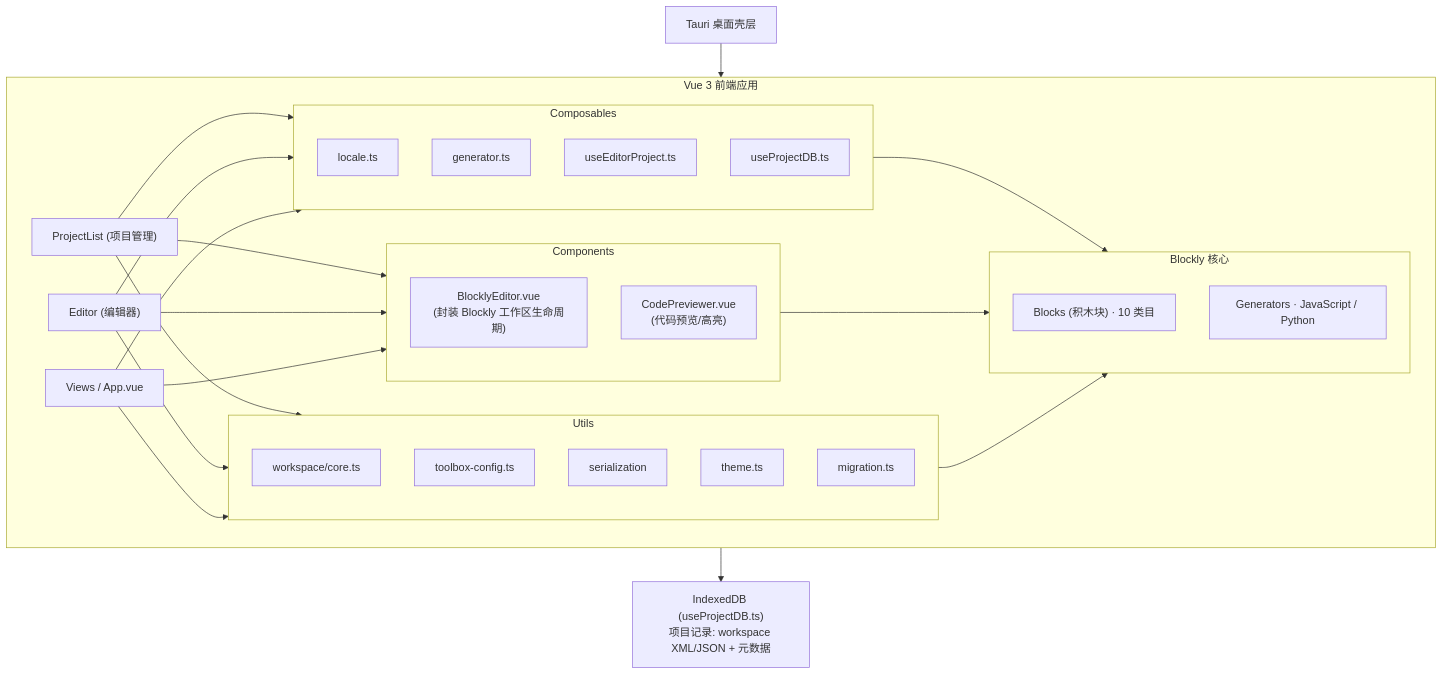
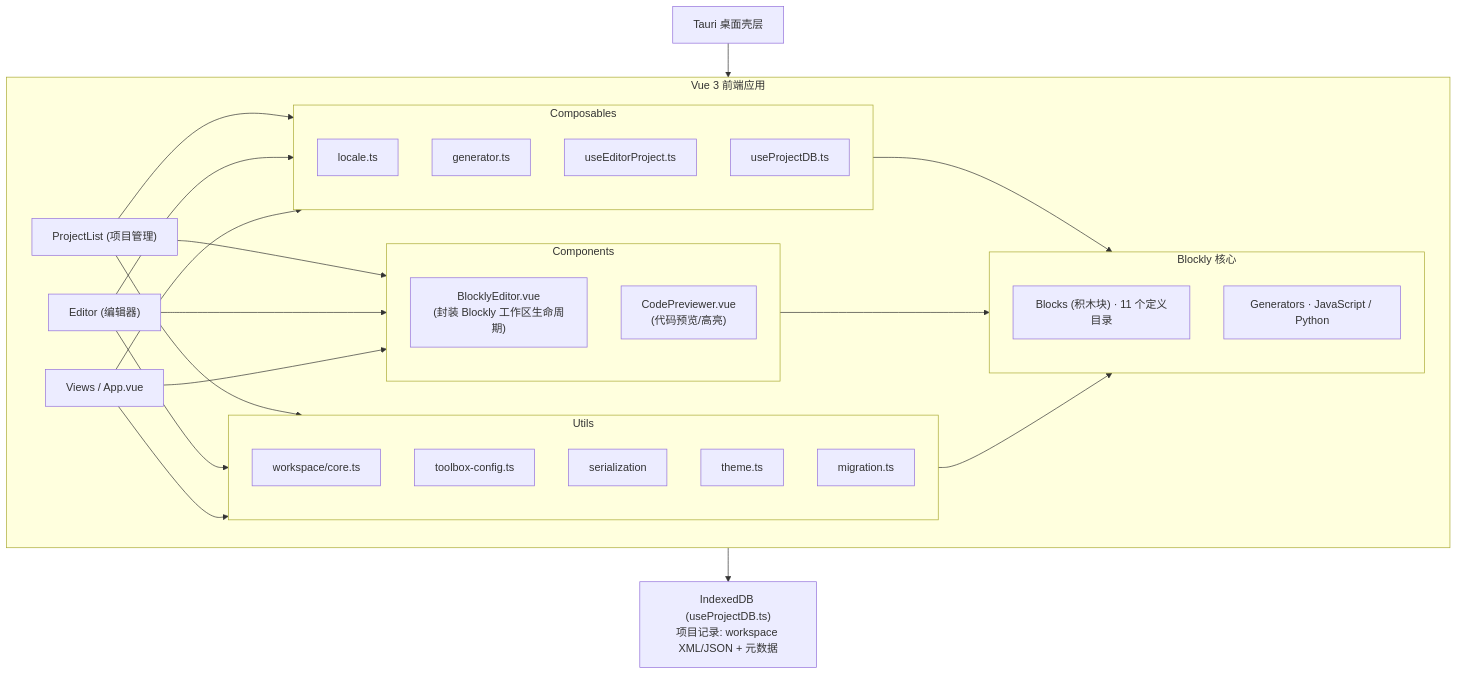
The diagram in docs/guides/ARCHITECTURE.md (P02-1010751281/CipherCat), drawn with Mermaid before and after one commit. The commit also changed other lines of this file and 81 other files, not shown here.

````diff
--- a/docs/guides/ARCHITECTURE.md
+++ b/docs/guides/ARCHITECTURE.md
@@ -5,44 +5,44 @@
 ```mermaid
 flowchart TB
     TAURI["Tauri 桌面壳层"]
     subgraph VUE["Vue 3 前端应用"]
         PL["ProjectList (项目管理)"]
         ED["Editor (编辑器)"]
         VA["Views / App.vue"]
         subgraph COMP["Components"]
             BEV["BlocklyEditor.vue<br/>(封装 Blockly 工作区生命周期)"]
             CPV["CodePreviewer.vue<br/>(代码预览/高亮)"]
         end
         subgraph CMPO["Composables"]
             LC["locale.ts"]
             GT["generator.ts"]
             UEP["useEditorProject.ts"]
             UPD["useProjectDB.ts"]
         end
         subgraph UTL["Utils"]
             WC["workspace/core.ts"]
             TC["toolbox-config.ts"]
             SZ["serialization"]
             TH["theme.ts"]
             MG["migration.ts"]
         end
         subgraph BLK["Blockly 核心"]
-            BKS["Blocks (积木块) · 10 类目"]
+            BKS["Blocks (积木块) · 11 个定义目录"]
             GNS["Generators · JavaScript / Python"]
         end
         PL --> CMPO
         ED --> CMPO
         VA --> CMPO
         PL --> COMP
         ED --> COMP
         VA --> COMP
         PL --> UTL
         ED --> UTL
         VA --> UTL
         CMPO --> BLK
         COMP --> BLK
         UTL --> BLK
     end
     TAURI --> VUE
     VUE --> IDB["IndexedDB (useProjectDB.ts)<br/>项目记录: workspace XML/JSON + 元数据"]
 ```
````
